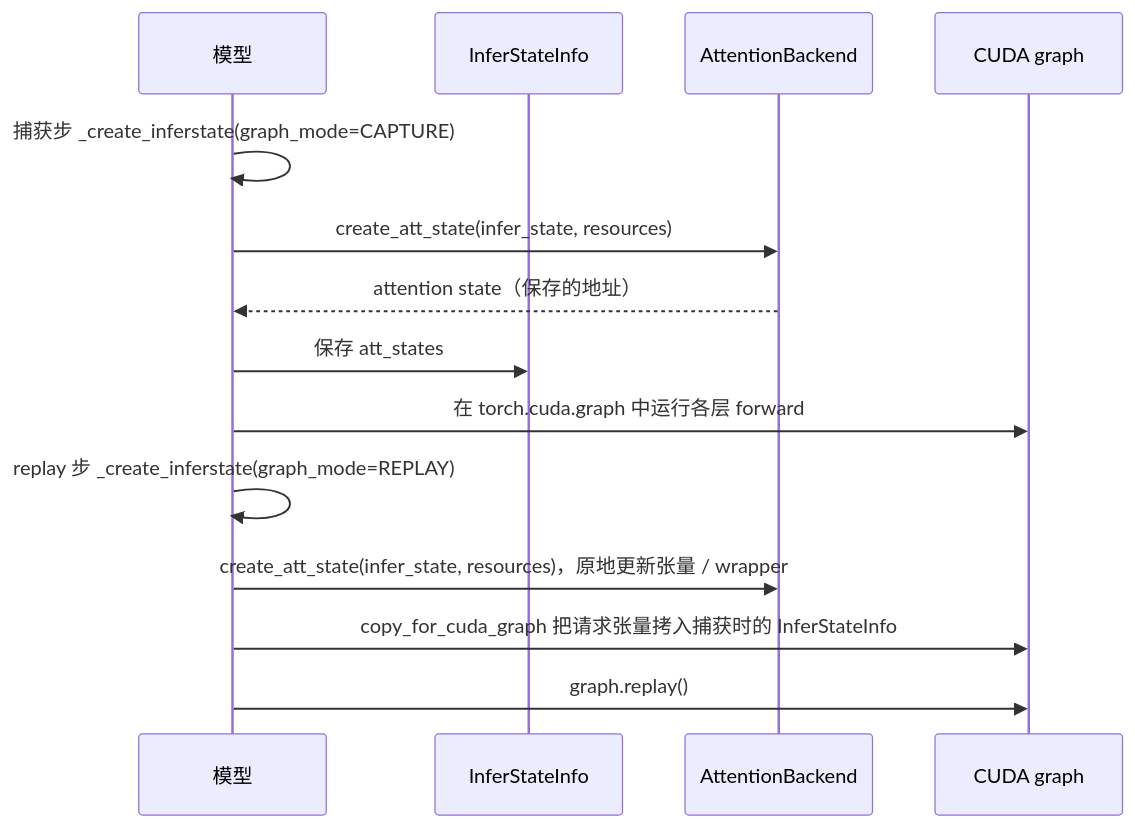
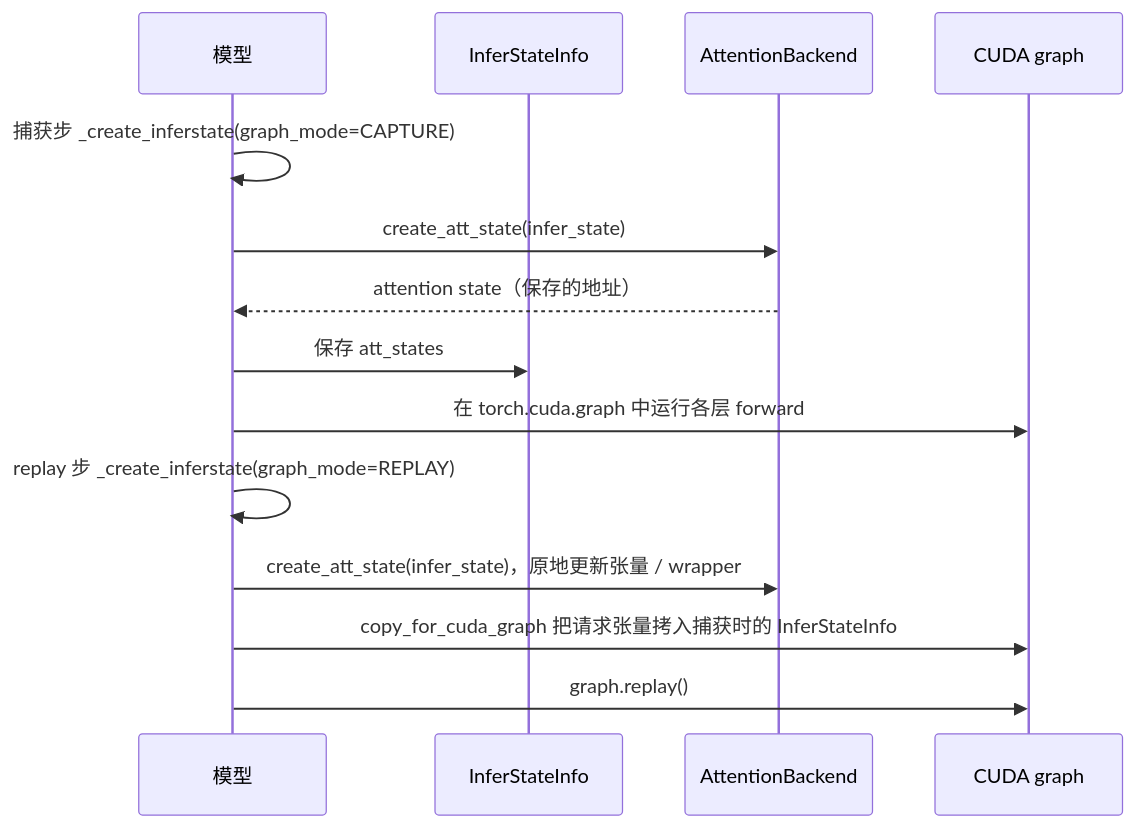
One commit to ModelTC/LightLLM changed the second of 2 diagrams in docs/CN/source/framework/attention_backend_design.md. Above: the diagram before and after it, drawn with Mermaid. The commit also changed other lines of this file and 34 other files, not shown here.

````diff
--- a/docs/CN/source/framework/attention_backend_design.md
+++ b/docs/CN/source/framework/attention_backend_design.md
@@ -197,16 +197,16 @@
 ```mermaid
 sequenceDiagram
     participant M as 模型
     participant A as InferStateInfo
     participant B as AttentionBackend
     participant G as CUDA graph
     M->>M: 捕获步 _create_inferstate(graph_mode=CAPTURE)
-    M->>B: create_att_state(infer_state, resources)
+    M->>B: create_att_state(infer_state)
     B-->>M: attention state（保存的地址）
     M->>A: 保存 att_states
     M->>G: 在 torch.cuda.graph 中运行各层 forward
     M->>M: replay 步 _create_inferstate(graph_mode=REPLAY)
-    M->>B: create_att_state(infer_state, resources)，原地更新张量 / wrapper
+    M->>B: create_att_state(infer_state)，原地更新张量 / wrapper
     M->>G: copy_for_cuda_graph 把请求张量拷入捕获时的 InferStateInfo
     M->>G: graph.replay()
 ```
````
